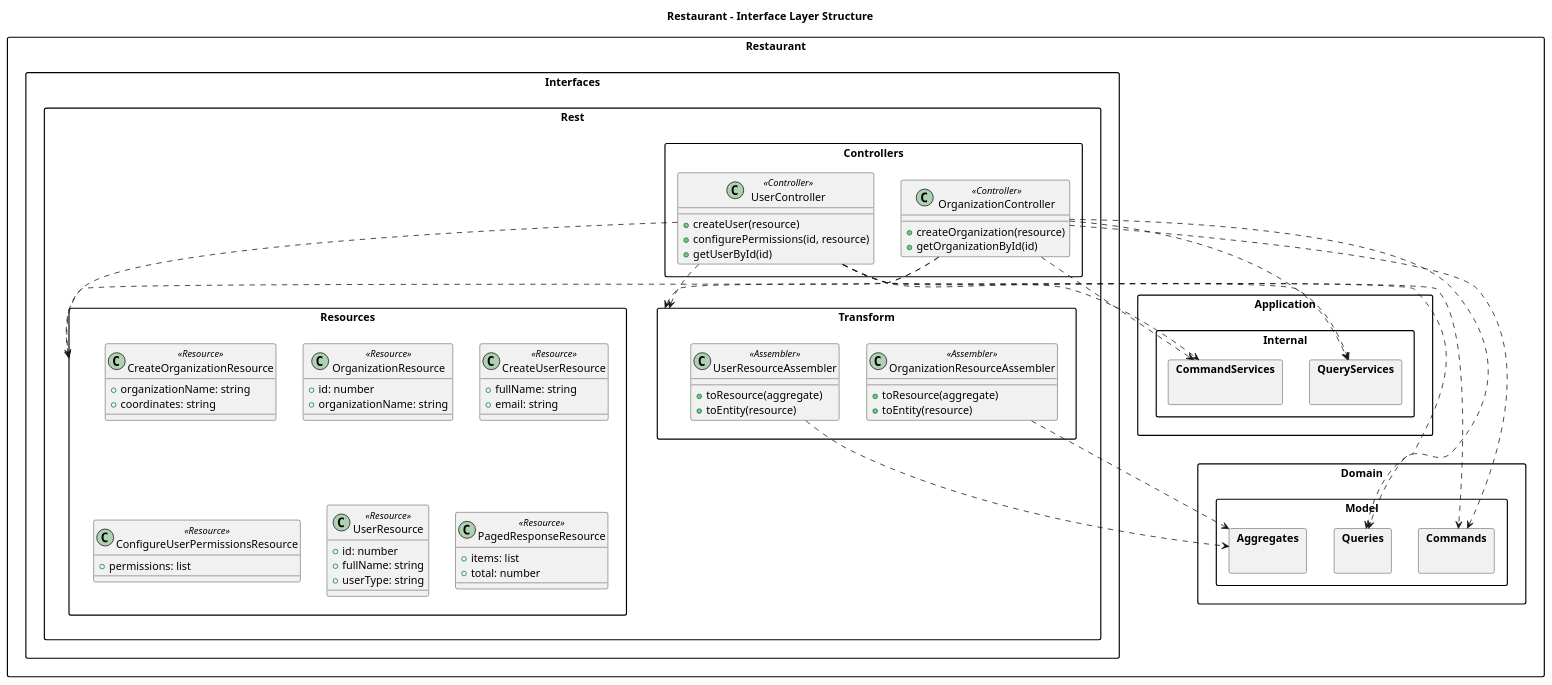
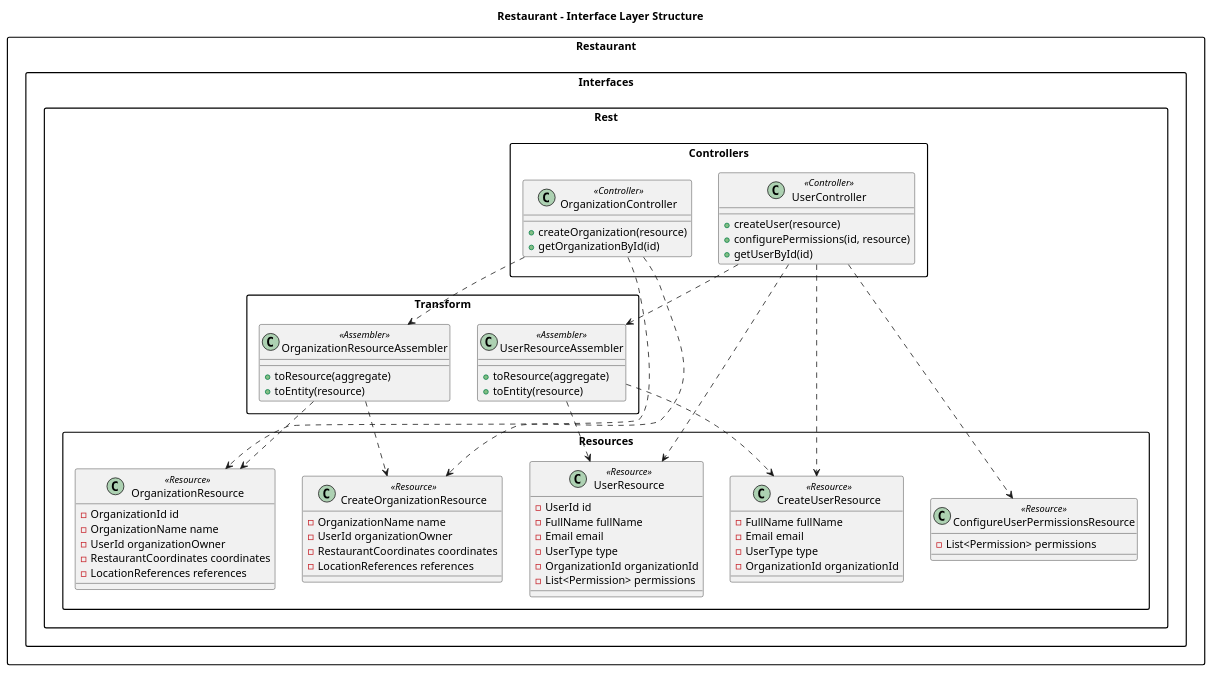
Before and after one commit to Soulware-IoT/report: the diagram in img/capitulo_4/tactical_ddd/restaurant/restaurant_interface.puml, drawn with PlantUML. The commit also changed 8 other files, not shown here.

```diff
--- a/img/capitulo_4/tactical_ddd/restaurant/restaurant_interface.puml
+++ b/img/capitulo_4/tactical_ddd/restaurant/restaurant_interface.puml
@@ -1,88 +1,78 @@
 @startuml
 skinparam packageStyle rectangle
 
 title Restaurant - Interface Layer Structure
 
 package "Restaurant" {
     package "Interfaces.Rest" {
         package "Controllers" {
             class OrganizationController <<Controller>> {
                 +createOrganization(resource)
                 +getOrganizationById(id)
             }
             class UserController <<Controller>> {
                 +createUser(resource)
                 +configurePermissions(id, resource)
                 +getUserById(id)
             }
         }
         package "Transform" {
             class OrganizationResourceAssembler <<Assembler>> {
                 +toResource(aggregate)
                 +toEntity(resource)
             }
             class UserResourceAssembler <<Assembler>> {
                 +toResource(aggregate)
                 +toEntity(resource)
             }
         }
         package "Resources" {
             class CreateOrganizationResource <<Resource>> {
-                +organizationName: string
-                +coordinates: string
+                -OrganizationName name
+                -UserId organizationOwner
+                -RestaurantCoordinates coordinates
+                -LocationReferences references
             }
             class OrganizationResource <<Resource>> {
-                +id: number
-                +organizationName: string
+                -OrganizationId id
+                -OrganizationName name
+                -UserId organizationOwner
+                -RestaurantCoordinates coordinates
+                -LocationReferences references
             }
             class CreateUserResource <<Resource>> {
-                +fullName: string
-                +email: string
+                -FullName fullName
+                -Email email
+                -UserType type
+                -OrganizationId organizationId
             }
             class ConfigureUserPermissionsResource <<Resource>> {
-                +permissions: list
+                -List<Permission> permissions
             }
             class UserResource <<Resource>> {
-                +id: number
-                +fullName: string
-                +userType: string
+                -UserId id
+                -FullName fullName
+                -Email email
+                -UserType type
+                -OrganizationId organizationId
+                -List<Permission> permissions
             }
-            class PagedResponseResource <<Resource>> {
-                +items: list
-                +total: number
-            }
-        }
-    }
-
-    package "Application.Internal" {
-        package "CommandServices" {}
-        package "QueryServices" {}
-    }
-
-    package "Domain" {
-        package "Model" {
-            package "Commands" {}
-            package "Queries" {}
-            package "Aggregates" {}
         }
     }
 }
 
 ' === RELACIONES DE INTERFACE: Restaurant ===
-Restaurant.Interfaces.Rest.Controllers.OrganizationController ..> Restaurant.Interfaces.Rest.Resources
-Restaurant.Interfaces.Rest.Controllers.OrganizationController ..> Restaurant.Interfaces.Rest.Transform
-Restaurant.Interfaces.Rest.Controllers.OrganizationController ..> Restaurant.Application.Internal.CommandServices
-Restaurant.Interfaces.Rest.Controllers.OrganizationController ..> Restaurant.Application.Internal.QueryServices
-Restaurant.Interfaces.Rest.Controllers.OrganizationController ..> Restaurant.Domain.Model.Commands
-Restaurant.Interfaces.Rest.Controllers.OrganizationController ..> Restaurant.Domain.Model.Queries
+Restaurant.Interfaces.Rest.Controllers.OrganizationController ..> Restaurant.Interfaces.Rest.Resources.CreateOrganizationResource
+Restaurant.Interfaces.Rest.Controllers.OrganizationController ..> Restaurant.Interfaces.Rest.Resources.OrganizationResource
+Restaurant.Interfaces.Rest.Controllers.OrganizationController ..> Restaurant.Interfaces.Rest.Transform.OrganizationResourceAssembler
 
-Restaurant.Interfaces.Rest.Controllers.UserController ..> Restaurant.Interfaces.Rest.Resources
-Restaurant.Interfaces.Rest.Controllers.UserController ..> Restaurant.Interfaces.Rest.Transform
-Restaurant.Interfaces.Rest.Controllers.UserController ..> Restaurant.Application.Internal.CommandServices
-Restaurant.Interfaces.Rest.Controllers.UserController ..> Restaurant.Application.Internal.QueryServices
-Restaurant.Interfaces.Rest.Controllers.UserController ..> Restaurant.Domain.Model.Commands
-Restaurant.Interfaces.Rest.Controllers.UserController ..> Restaurant.Domain.Model.Queries
+Restaurant.Interfaces.Rest.Controllers.UserController ..> Restaurant.Interfaces.Rest.Resources.CreateUserResource
+Restaurant.Interfaces.Rest.Controllers.UserController ..> Restaurant.Interfaces.Rest.Resources.ConfigureUserPermissionsResource
+Restaurant.Interfaces.Rest.Controllers.UserController ..> Restaurant.Interfaces.Rest.Resources.UserResource
+Restaurant.Interfaces.Rest.Controllers.UserController ..> Restaurant.Interfaces.Rest.Transform.UserResourceAssembler
 
-Restaurant.Interfaces.Rest.Transform.OrganizationResourceAssembler ..> Restaurant.Domain.Model.Aggregates
-Restaurant.Interfaces.Rest.Transform.UserResourceAssembler ..> Restaurant.Domain.Model.Aggregates
+Restaurant.Interfaces.Rest.Transform.OrganizationResourceAssembler ..> Restaurant.Interfaces.Rest.Resources.CreateOrganizationResource
+Restaurant.Interfaces.Rest.Transform.OrganizationResourceAssembler ..> Restaurant.Interfaces.Rest.Resources.OrganizationResource
+Restaurant.Interfaces.Rest.Transform.UserResourceAssembler ..> Restaurant.Interfaces.Rest.Resources.CreateUserResource
+Restaurant.Interfaces.Rest.Transform.UserResourceAssembler ..> Restaurant.Interfaces.Rest.Resources.UserResource
 @enduml
```
